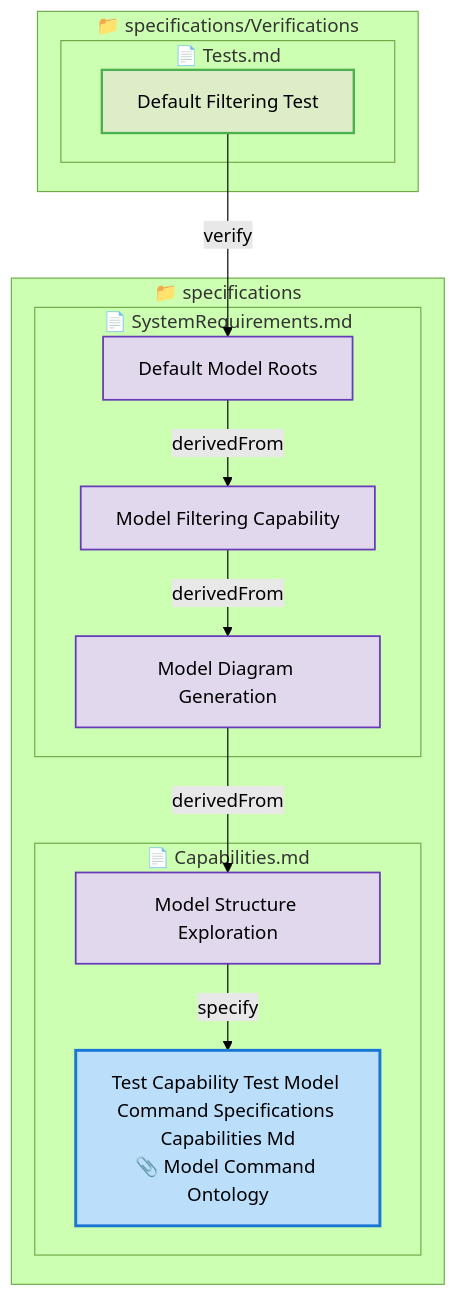
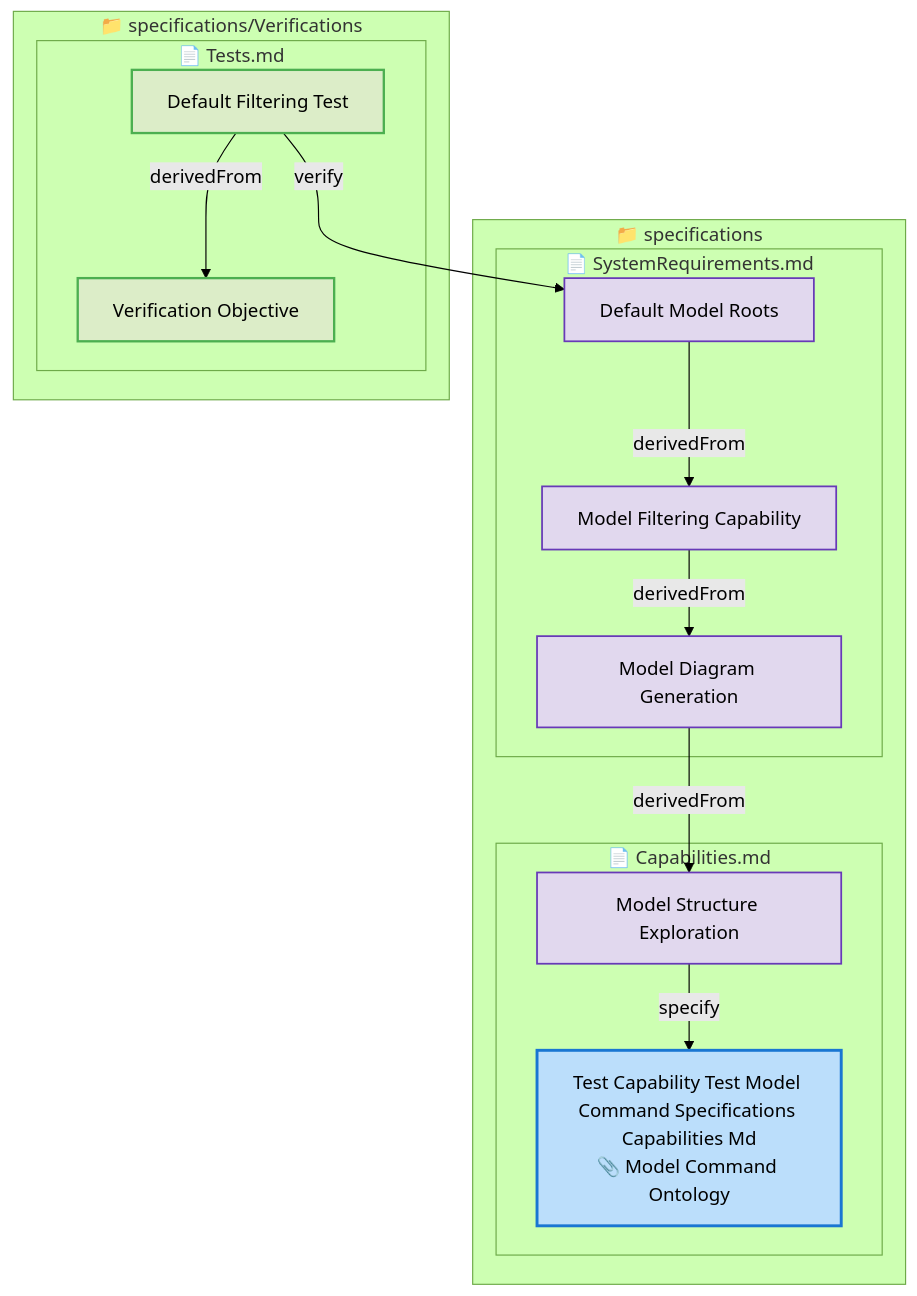
The first of 6 diagrams in tests/test-model-command/expected/expected_reverse_filter_output.md (reqvire-org/reqvire), drawn with Mermaid (forest theme) before and after one commit. The commit also changed other lines of this file and 134 other files, not shown here.

````diff
--- a/tests/test-model-command/expected/expected_reverse_filter_output.md
+++ b/tests/test-model-command/expected/expected_reverse_filter_output.md
@@ -11,45 +11,49 @@
 ```mermaid
 graph TD
   classDef capability fill:#BBDEFB,stroke:#1976D2,stroke-width:2.5px;
   classDef systemRequirement fill:#E1D8EE,stroke:#673AB7,stroke-width:1.5px;
   classDef ontology fill:#F4E3A1,stroke:#B08A00,stroke-width:2px;
   classDef verification fill:#DCEDC8,stroke:#4CAF50,stroke-width:2px;
   classDef default fill:#F5F5F5,stroke:#424242,stroke-width:1.5px;
 
   classDef folder fill:#FAFAFA,stroke:#9E9E9E,stroke-width:3px;
   classDef file fill:#FFF8E1,stroke:#FFCA28,stroke-width:2px;
 
   subgraph 9d68b769fcbc79d0["📁 specifications"]
     subgraph afe26fd45621e6a["📄 Capabilities.md"]
       458b8fd2c32e6014["Model Structure Exploration"];
       class 458b8fd2c32e6014 systemRequirement;
       click 458b8fd2c32e6014 "specifications/Capabilities.md#model-structure-exploration";
       8c7466173ee6b05d["Test Capability Test Model Command Specifications Capabilities Md<br/>📎 Model Command Ontology"];
       class 8c7466173ee6b05d capability;
       click 8c7466173ee6b05d "specifications/Capabilities.md#test-capability-test-model-command-specifications-capabilities-md";
     end
     subgraph 77808752d543f615["📄 SystemRequirements.md"]
       f352ca56d3ce0fdd["Default Model Roots"];
       class f352ca56d3ce0fdd systemRequirement;
       click f352ca56d3ce0fdd "specifications/SystemRequirements.md#default-model-roots";
       b7ec4bb3813f1dea["Model Diagram Generation"];
       class b7ec4bb3813f1dea systemRequirement;
       click b7ec4bb3813f1dea "specifications/SystemRequirements.md#model-diagram-generation";
       836c732a54d7f48f["Model Filtering Capability"];
       class 836c732a54d7f48f systemRequirement;
       click 836c732a54d7f48f "specifications/SystemRequirements.md#model-filtering-capability";
     end
   end
   subgraph 9f0649e759bd2822["📁 specifications/Verifications"]
     subgraph 7d9dffd79ed1d5b8["📄 Tests.md"]
       a2368d1b4b67f0d7["Default Filtering Test"];
       class a2368d1b4b67f0d7 verification;
       click a2368d1b4b67f0d7 "specifications/Verifications/Tests.md#default-filtering-test";
+      ca7cfe254517fe63["Verification Objective"];
+      class ca7cfe254517fe63 verification;
+      click ca7cfe254517fe63 "specifications/Verifications/Tests.md#verification-objective";
     end
   end
+  a2368d1b4b67f0d7 -->|derivedFrom| ca7cfe254517fe63;
   a2368d1b4b67f0d7 -->|verify| f352ca56d3ce0fdd;
   f352ca56d3ce0fdd -->|derivedFrom| 836c732a54d7f48f;
   836c732a54d7f48f -->|derivedFrom| b7ec4bb3813f1dea;
   b7ec4bb3813f1dea -->|derivedFrom| 458b8fd2c32e6014;
   458b8fd2c32e6014 -->|specify| 8c7466173ee6b05d;
 ```
````
